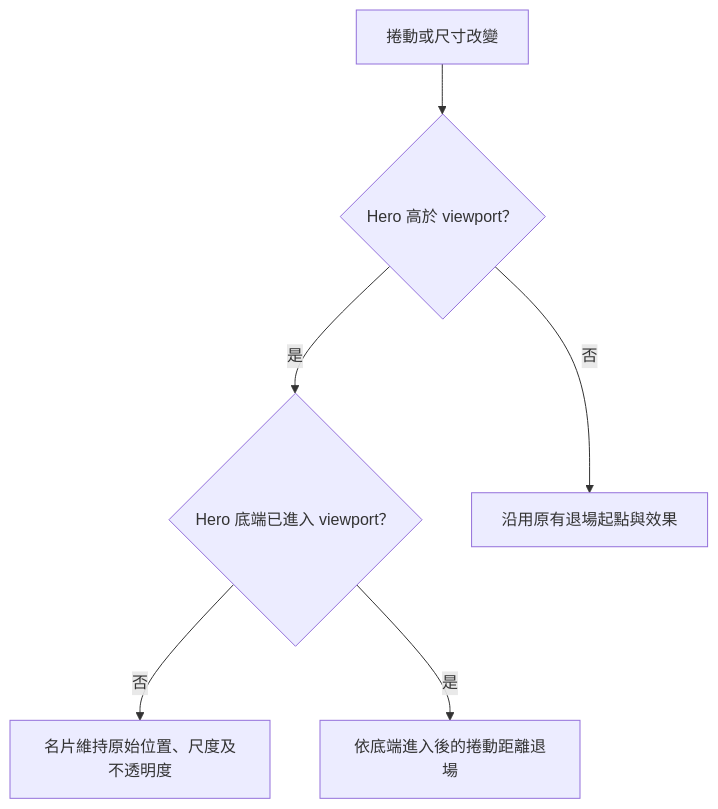
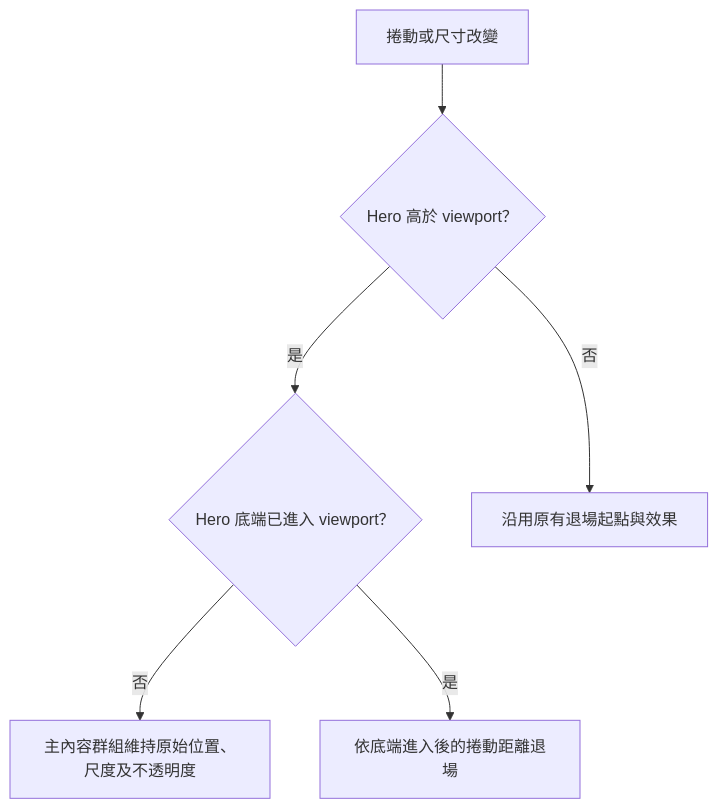
One commit to bingyangchen/bingyangchen.github.io changed the fifth of 6 diagrams in docs/specs/site.md. Above: the diagram before and after it, drawn with Mermaid. The commit also changed other lines of this file and 23 other files, not shown here.

````diff
--- a/docs/specs/site.md
+++ b/docs/specs/site.md
@@ -346,8 +364,8 @@
 ```mermaid
 flowchart TD
   position[捲動或尺寸改變] --> tall{Hero 高於 viewport？}
   tall -->|是| bottom{Hero 底端已進入 viewport？}
-  bottom -->|否| reading[名片維持原始位置、尺度及不透明度]
+  bottom -->|否| reading[主內容群組維持原始位置、尺度及不透明度]
   bottom -->|是| delayed[依底端進入後的捲動距離退場]
   tall -->|否| original[沿用原有退場起點與效果]
 ```
````
